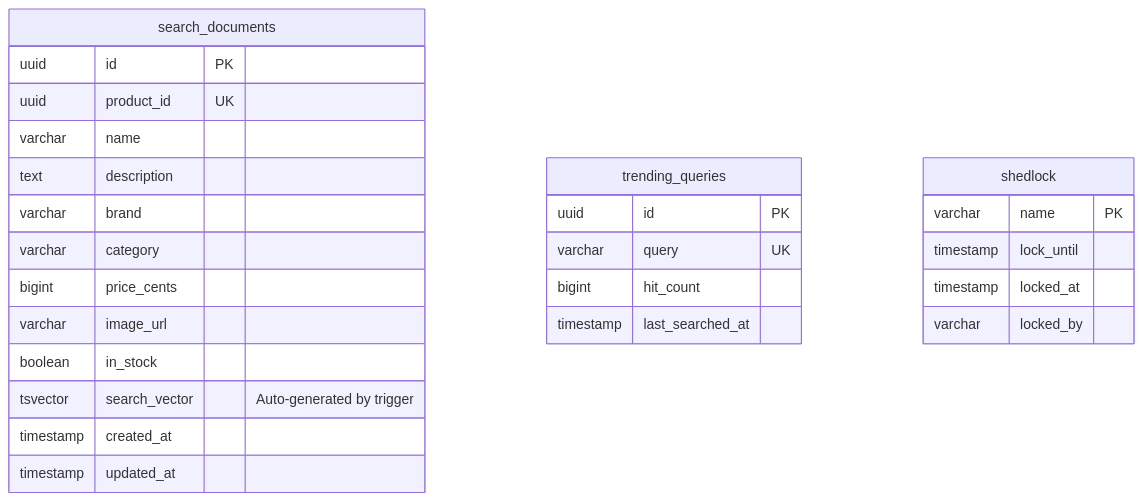
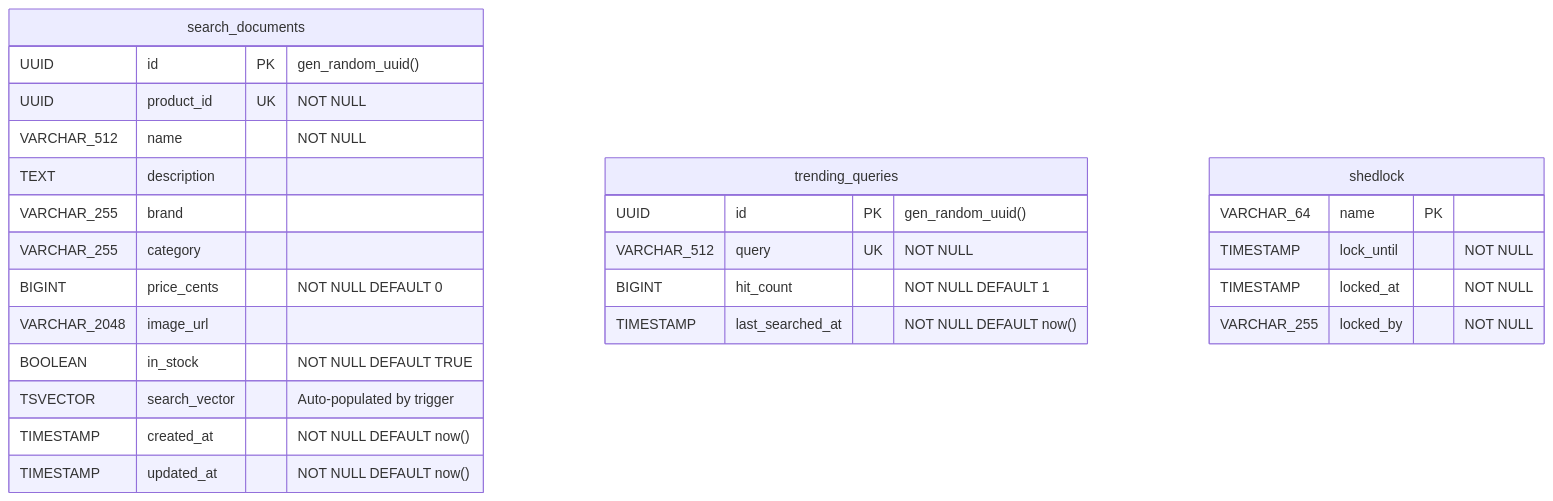
Before and after one commit to sunitakeazycommerz-a11y/InstaCommerce: the seventh of 7 diagrams in services/search-service/README.md, drawn with Mermaid. The commit also changed other lines of this file and 554 other files, not shown here.

````diff
--- a/services/search-service/README.md
+++ b/services/search-service/README.md
@@ -282,31 +490,31 @@
 ```mermaid
 erDiagram
     search_documents {
-        uuid id PK
-        uuid product_id UK
-        varchar name
-        text description
-        varchar brand
-        varchar category
-        bigint price_cents
-        varchar image_url
-        boolean in_stock
-        tsvector search_vector "Auto-generated by trigger"
-        timestamp created_at
-        timestamp updated_at
+        UUID id PK "gen_random_uuid()"
+        UUID product_id UK "NOT NULL"
+        VARCHAR_512 name "NOT NULL"
+        TEXT description
+        VARCHAR_255 brand
+        VARCHAR_255 category
+        BIGINT price_cents "NOT NULL DEFAULT 0"
+        VARCHAR_2048 image_url
+        BOOLEAN in_stock "NOT NULL DEFAULT TRUE"
+        TSVECTOR search_vector "Auto-populated by trigger"
+        TIMESTAMP created_at "NOT NULL DEFAULT now()"
+        TIMESTAMP updated_at "NOT NULL DEFAULT now()"
     }
 
     trending_queries {
-        uuid id PK
-        varchar query UK
-        bigint hit_count
-        timestamp last_searched_at
+        UUID id PK "gen_random_uuid()"
+        VARCHAR_512 query UK "NOT NULL"
+        BIGINT hit_count "NOT NULL DEFAULT 1"
+        TIMESTAMP last_searched_at "NOT NULL DEFAULT now()"
     }
 
     shedlock {
-        varchar name PK
-        timestamp lock_until
-        timestamp locked_at
-        varchar locked_by
+        VARCHAR_64 name PK
+        TIMESTAMP lock_until "NOT NULL"
+        TIMESTAMP locked_at "NOT NULL"
+        VARCHAR_255 locked_by "NOT NULL"
     }
 ```
````
